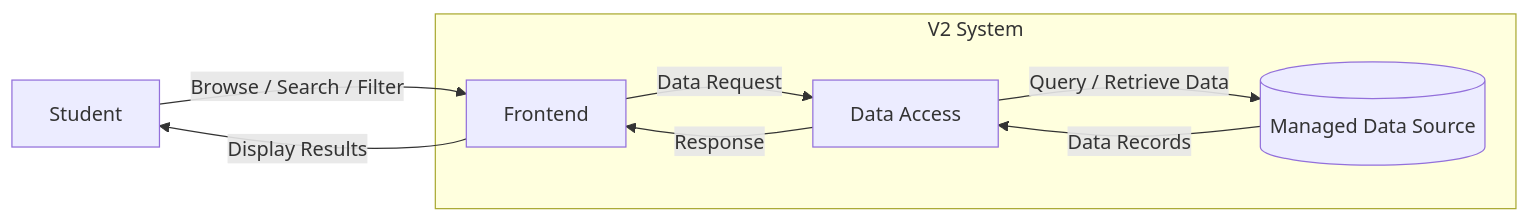
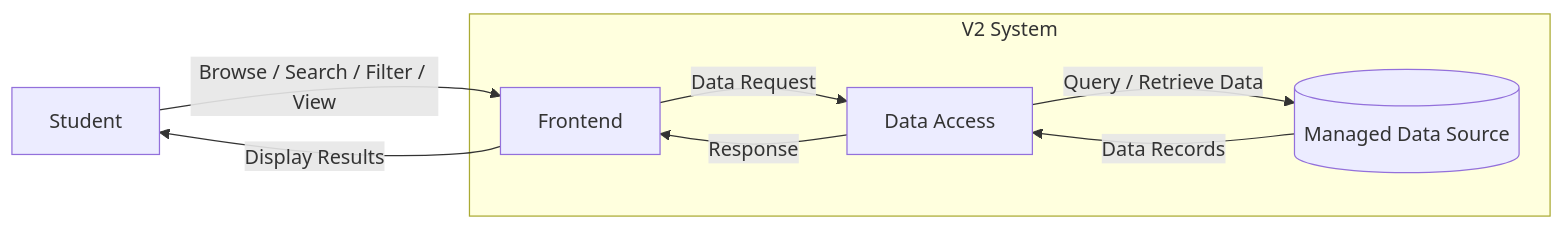
One commit to KaylahJin/CS361-Project changed the fourth of 6 diagrams in docs/overview/V2.md. Above: the diagram before and after it, drawn with Mermaid. The commit also changed other lines of this file, not shown here.

````diff
--- a/docs/overview/V2.md
+++ b/docs/overview/V2.md
@@ -158,19 +324,23 @@
 ```mermaid
 flowchart LR
 
     A[Student]
 
     subgraph V2[V2 System]
         B[Frontend]
         C[Data Access]
         D[(Managed Data Source)]
     end
 
-    A -->|Browse / Search / Filter| B
+    A -->|Browse / Search / Filter / View| B
+
     B -->|Data Request| C
+
     C -->|Query / Retrieve Data| D
 
     D -->|Data Records| C
+
     C -->|Response| B
+
     B -->|Display Results| A
 ```
````
